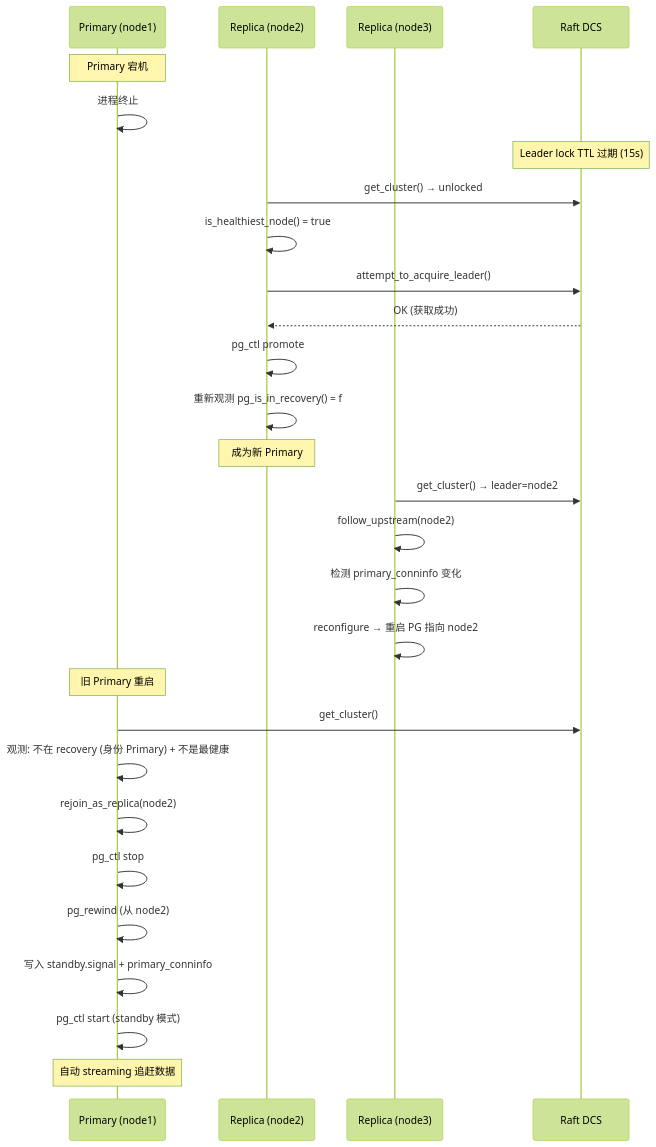
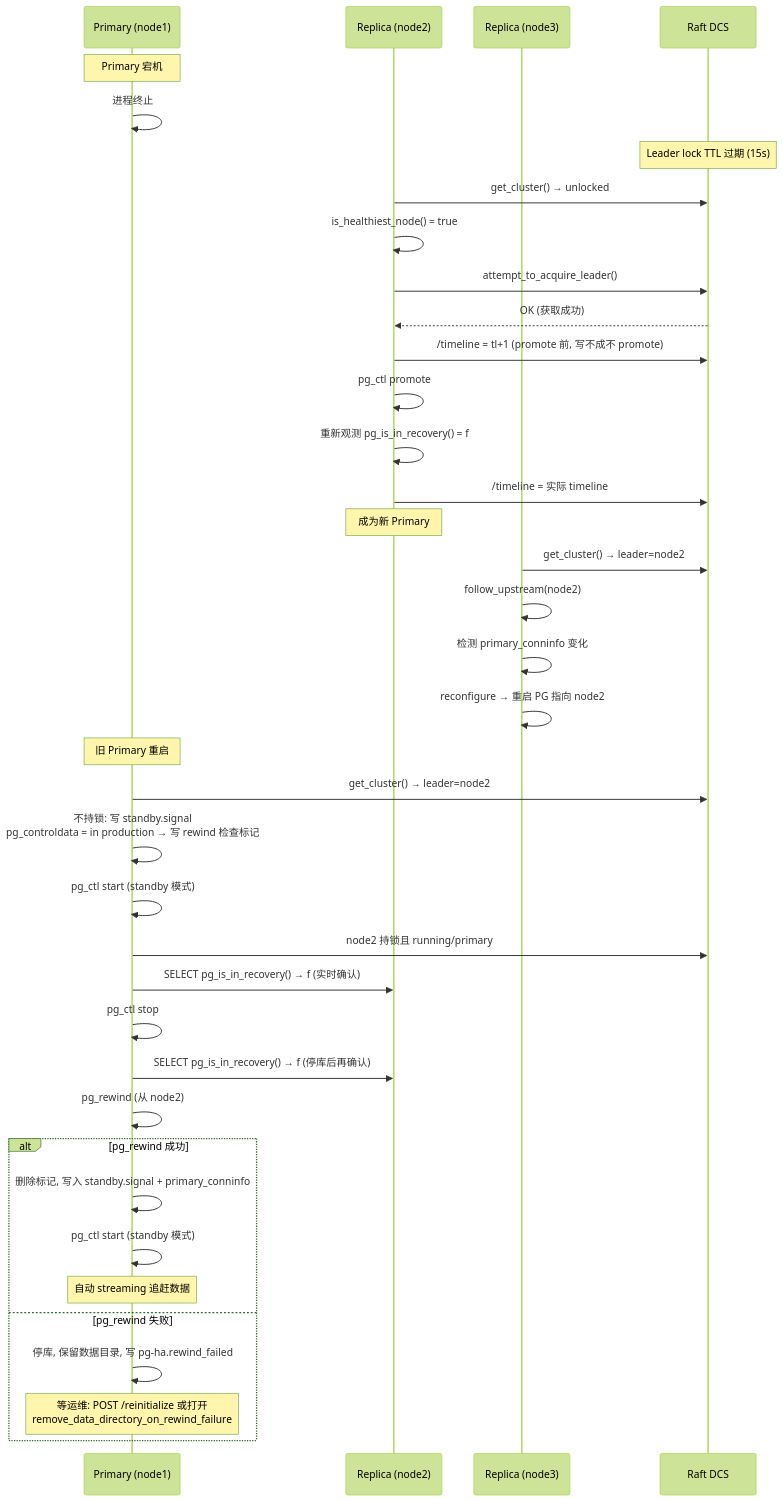
Before and after one commit to seraphico/pg-ha: the fourth of 11 diagrams in docs/pg-ha-architecture.md, drawn with Mermaid (forest theme). The commit also changed other lines of this file and 10 other files, not shown here.

````diff
--- a/docs/pg-ha-architecture.md
+++ b/docs/pg-ha-architecture.md
@@ -71,34 +76,44 @@
 ```mermaid
 sequenceDiagram
     participant P as Primary (node1)
     participant R1 as Replica (node2)
     participant R2 as Replica (node3)
     participant DCS as Raft DCS
 
     Note over P: Primary 宕机
     P->>P: 进程终止
 
     Note over DCS: Leader lock TTL 过期 (15s)
     R1->>DCS: get_cluster() → unlocked
     R1->>R1: is_healthiest_node() = true
     R1->>DCS: attempt_to_acquire_leader()
     DCS-->>R1: OK (获取成功)
+    R1->>DCS: /timeline = tl+1 (promote 前, 写不成不 promote)
     R1->>R1: pg_ctl promote
     R1->>R1: 重新观测 pg_is_in_recovery() = f
+    R1->>DCS: /timeline = 实际 timeline
     Note over R1: 成为新 Primary
 
     R2->>DCS: get_cluster() → leader=node2
     R2->>R2: follow_upstream(node2)
     R2->>R2: 检测 primary_conninfo 变化
     R2->>R2: reconfigure → 重启 PG 指向 node2
 
     Note over P: 旧 Primary 重启
-    P->>DCS: get_cluster()
-    P->>P: 观测: 不在 recovery (身份 Primary) + 不是最健康
-    P->>P: rejoin_as_replica(node2)
+    P->>DCS: get_cluster() → leader=node2
+    P->>P: 不持锁: 写 standby.signal<br/>pg_controldata = in production → 写 rewind 检查标记
+    P->>P: pg_ctl start (standby 模式)
+    P->>DCS: node2 持锁且 running/primary
+    P->>R1: SELECT pg_is_in_recovery() → f (实时确认)
     P->>P: pg_ctl stop
+    P->>R1: SELECT pg_is_in_recovery() → f (停库后再确认)
     P->>P: pg_rewind (从 node2)
-    P->>P: 写入 standby.signal + primary_conninfo
-    P->>P: pg_ctl start (standby 模式)
-    Note over P: 自动 streaming 追赶数据
+    alt pg_rewind 成功
+        P->>P: 删除标记, 写入 standby.signal + primary_conninfo
+        P->>P: pg_ctl start (standby 模式)
+        Note over P: 自动 streaming 追赶数据
+    else pg_rewind 失败
+        P->>P: 停库, 保留数据目录, 写 pg-ha.rewind_failed
+        Note over P: 等运维: POST /reinitialize 或打开<br/>remove_data_directory_on_rewind_failure
+    end
 ```
````
